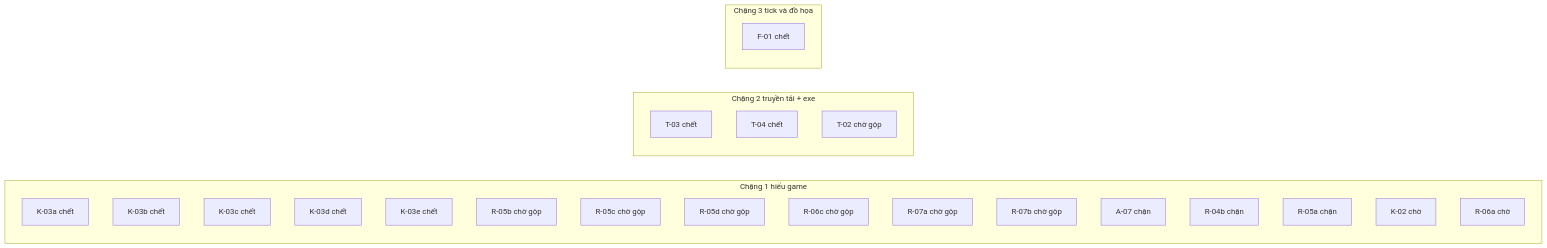
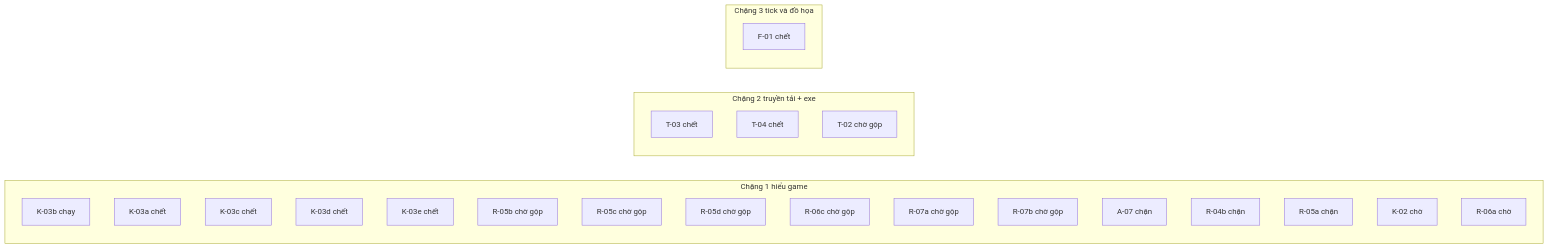
Before and after one commit to ndtangoss-dev/jx1-reports: the diagram in JX1_OPS/STATE/TIEN-DO.md, drawn with Mermaid. The commit also changed other lines of this file and 3 other files, not shown here.

````diff
--- a/JX1_OPS/STATE/TIEN-DO.md
+++ b/JX1_OPS/STATE/TIEN-DO.md
@@ -9,29 +9,29 @@
 ```mermaid
 flowchart LR
   subgraph S1["Chặng 1 hiểu game"]
+    K_03b["K-03b chạy"]
     K_03a["K-03a chết"]
-    K_03b["K-03b chết"]
     K_03c["K-03c chết"]
     K_03d["K-03d chết"]
     K_03e["K-03e chết"]
     R_05b["R-05b chờ gộp"]
     R_05c["R-05c chờ gộp"]
     R_05d["R-05d chờ gộp"]
     R_06c["R-06c chờ gộp"]
     R_07a["R-07a chờ gộp"]
     R_07b["R-07b chờ gộp"]
     A_07["A-07 chặn"]
     R_04b["R-04b chặn"]
     R_05a["R-05a chặn"]
     K_02["K-02 chờ"]
     R_06a["R-06a chờ"]
   end
   subgraph S2["Chặng 2 truyền tải + exe"]
     T_03["T-03 chết"]
     T_04["T-04 chết"]
     T_02["T-02 chờ gộp"]
   end
   subgraph S3["Chặng 3 tick và đồ họa"]
     F_01["F-01 chết"]
   end
 ```
````
